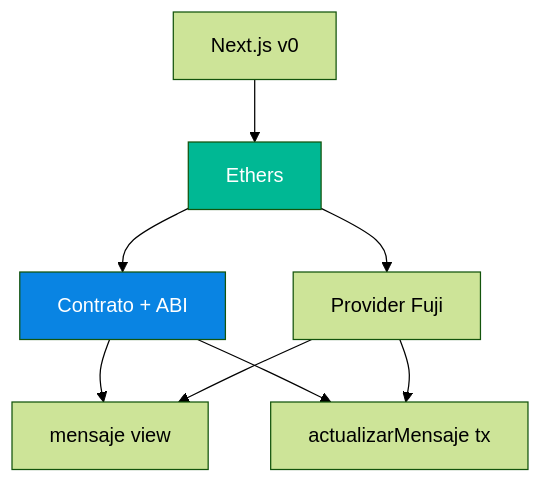
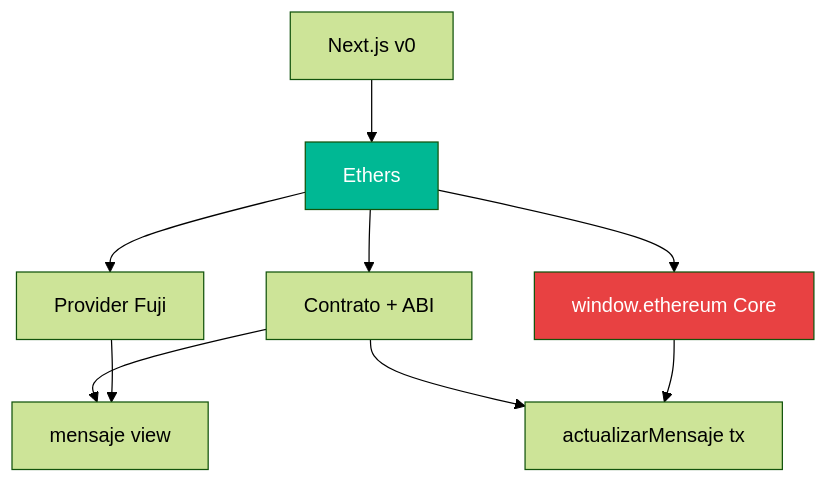
Before and after one commit to MarxMad/Avax-Guide: the third of 7 diagrams in semana-3/01-frontend-indexacion.md, drawn with Mermaid (forest theme). The commit also changed other lines of this file, not shown here.

First line of the commit message:
Semana 3: frontend primero, Core Wallet como provider, deploy a Vercel (URL público)

````diff
--- a/semana-3/01-frontend-indexacion.md
+++ b/semana-3/01-frontend-indexacion.md
@@ -237,12 +163,13 @@
 ```mermaid
 flowchart TB
     V[Next.js v0] --> E[Ethers]
     E --> P[Provider Fuji]
+    E --> Core[window.ethereum Core]
     E --> C[Contrato + ABI]
     C --> R[mensaje view]
     C --> W[actualizarMensaje tx]
     P --> R
-    P --> W
+    Core --> W
     style E fill:#00b894,color:#fff
-    style C fill:#0984e3,color:#fff
+    style Core fill:#e84142,color:#fff
 ```
````
